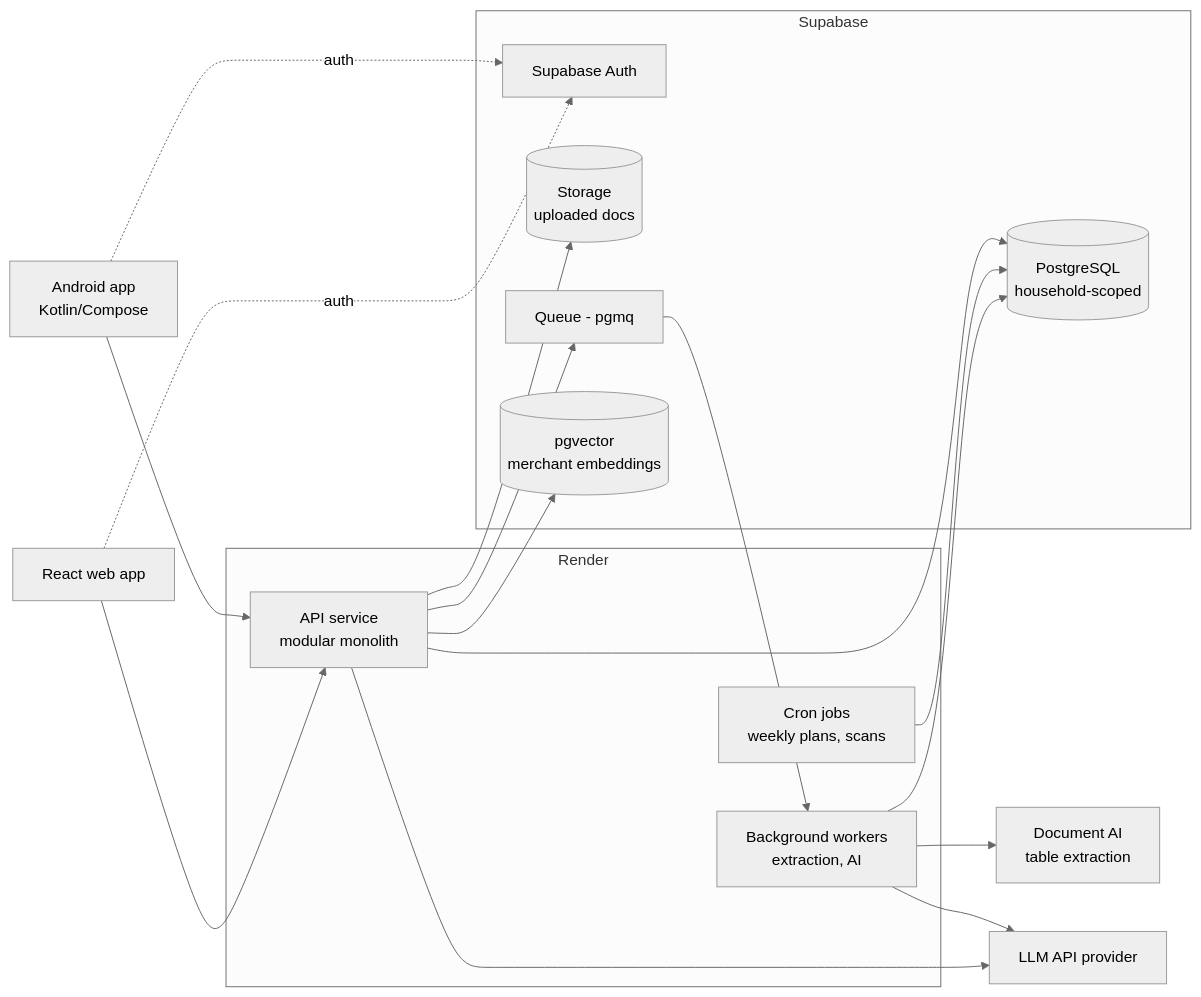
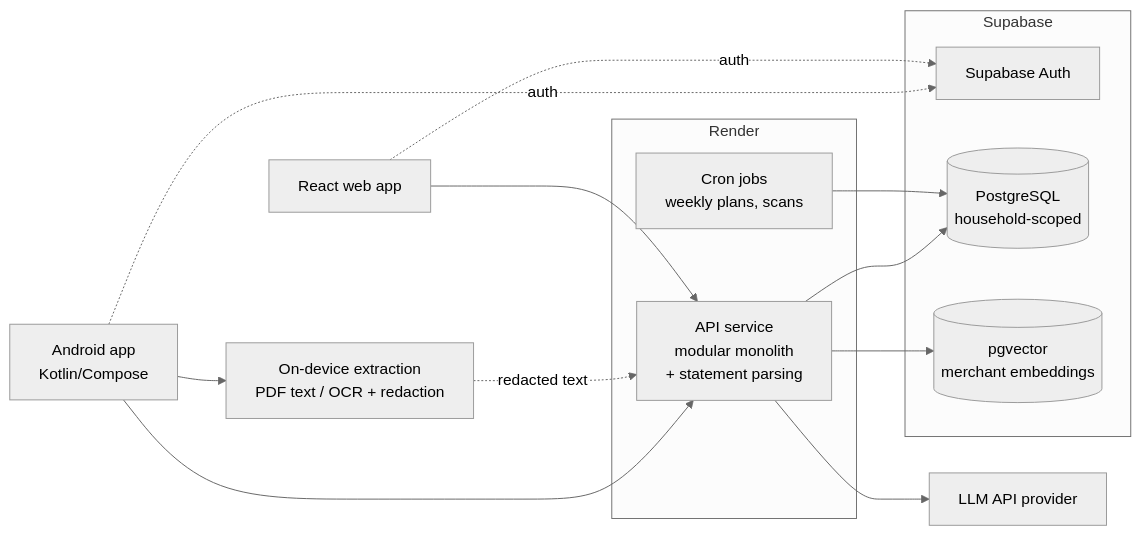
Before and after one commit to Humble-Coders/FinAI-Mobile-2026: the first of 3 diagrams in docs/PRD.md, drawn with Mermaid (neutral theme). The commit also changed other lines of this file and 1 other file, not shown here.

````diff
--- a/docs/PRD.md
+++ b/docs/PRD.md
@@ -107,29 +109,22 @@
 ```mermaid
 flowchart LR
     A[Android app\nKotlin/Compose] --> API
+    A --> EXT[On-device extraction\nPDF text / OCR + redaction]
+    EXT -.redacted text.-> API
     W[React web app] --> API
     A -.auth.-> AUTH
     W -.auth.-> AUTH
     subgraph Render
-      API[API service\nmodular monolith]
-      WRK[Background workers\nextraction, AI]
+      API[API service\nmodular monolith\n+ statement parsing]
       CRON[Cron jobs\nweekly plans, scans]
     end
     subgraph Supabase
       DB[(PostgreSQL\nhousehold-scoped)]
       AUTH[Supabase Auth]
-      ST[(Storage\nuploaded docs)]
-      Q[Queue - pgmq]
       EMB[(pgvector\nmerchant embeddings)]
     end
     API --> DB
-    API --> ST
-    API --> Q
     API --> EMB
-    Q --> WRK
     CRON --> DB
-    WRK --> DB
-    WRK --> DOC[Document AI\ntable extraction]
-    WRK --> LLM[LLM API provider]
-    API --> LLM
+    API --> LLM[LLM API provider]
 ```
````
